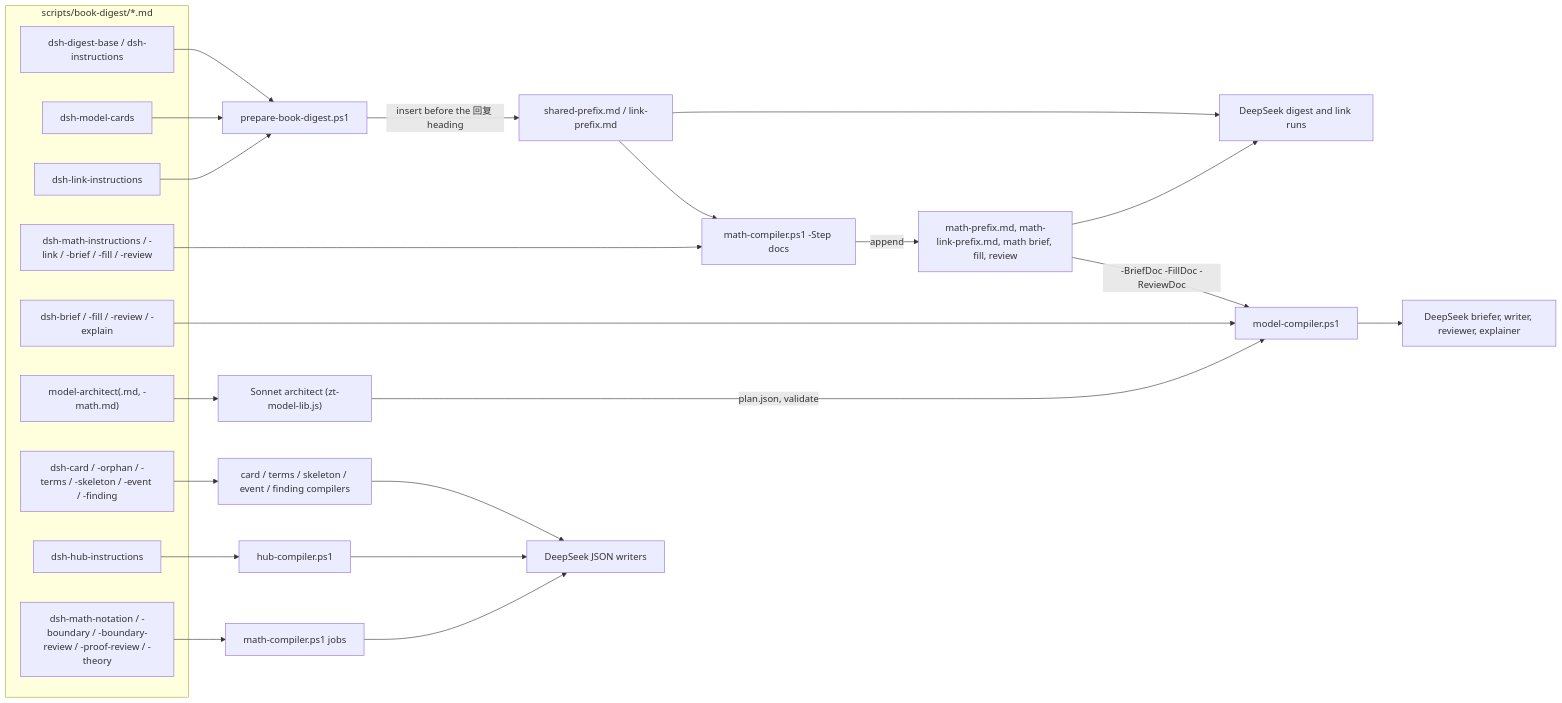
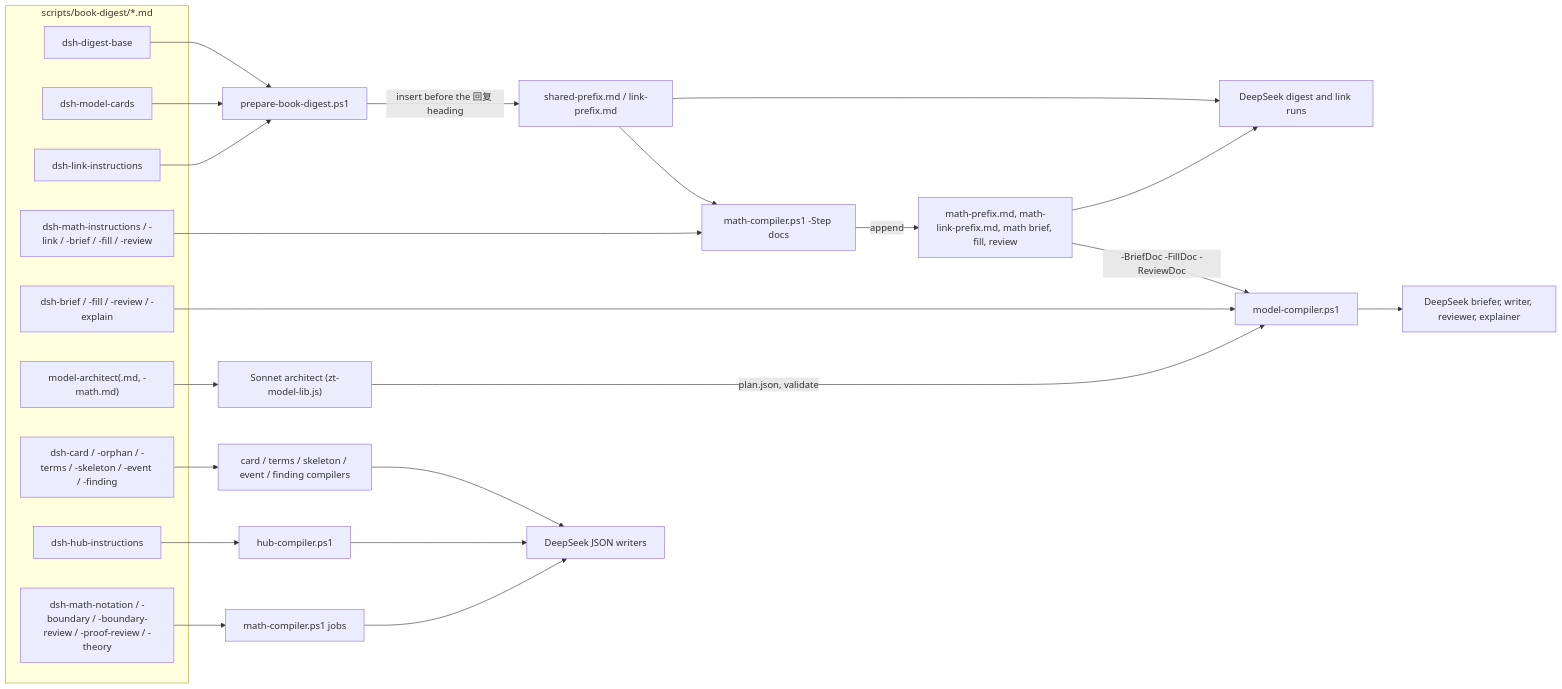
The diagram in docs/wiki/digest-prompts.md (liudesheng9/zet), drawn with Mermaid before and after one commit. The commit also changed other lines of this file and 136 other files, not shown here.

````diff
--- a/docs/wiki/digest-prompts.md
+++ b/docs/wiki/digest-prompts.md
@@ -54,34 +55,34 @@
 ```mermaid
 flowchart LR
   subgraph prompts["scripts/book-digest/*.md"]
-    base["dsh-digest-base / dsh-instructions"]
+    base["dsh-digest-base"]
     mc["dsh-model-cards"]
     link["dsh-link-instructions"]
     mathsup["dsh-math-instructions / -link / -brief / -fill / -review"]
     model["dsh-brief / -fill / -review / -explain"]
     arch["model-architect(.md, -math.md)"]
     layers["dsh-card / -orphan / -terms / -skeleton / -event / -finding"]
     hub["dsh-hub-instructions"]
     mathjobs["dsh-math-notation / -boundary / -boundary-review / -proof-review / -theory"]
   end
   prep["prepare-book-digest.ps1"] -->|insert before the 回复 heading| sp["shared-prefix.md / link-prefix.md"]
   base --> prep
   mc --> prep
   link --> prep
   mdocs["math-compiler.ps1 -Step docs"] -->|append| mp["math-prefix.md, math-link-prefix.md, math brief, fill, review"]
   sp --> mdocs
   mathsup --> mdocs
   model --> mcomp["model-compiler.ps1"]
   mp -->|-BriefDoc -FillDoc -ReviewDoc| mcomp
   layers --> comps["card / terms / skeleton / event / finding compilers"]
   hub --> hcomp["hub-compiler.ps1"]
   mathjobs --> mjobs["math-compiler.ps1 jobs"]
   sp --> dshD["DeepSeek digest and link runs"]
   mp --> dshD
   mcomp --> dshM["DeepSeek briefer, writer, reviewer, explainer"]
   comps --> dshC["DeepSeek JSON writers"]
   hcomp --> dshC
   mjobs --> dshC
   arch --> sonnet["Sonnet architect (zt-model-lib.js)"]
   sonnet -->|plan.json, validate| mcomp
 ```
````
